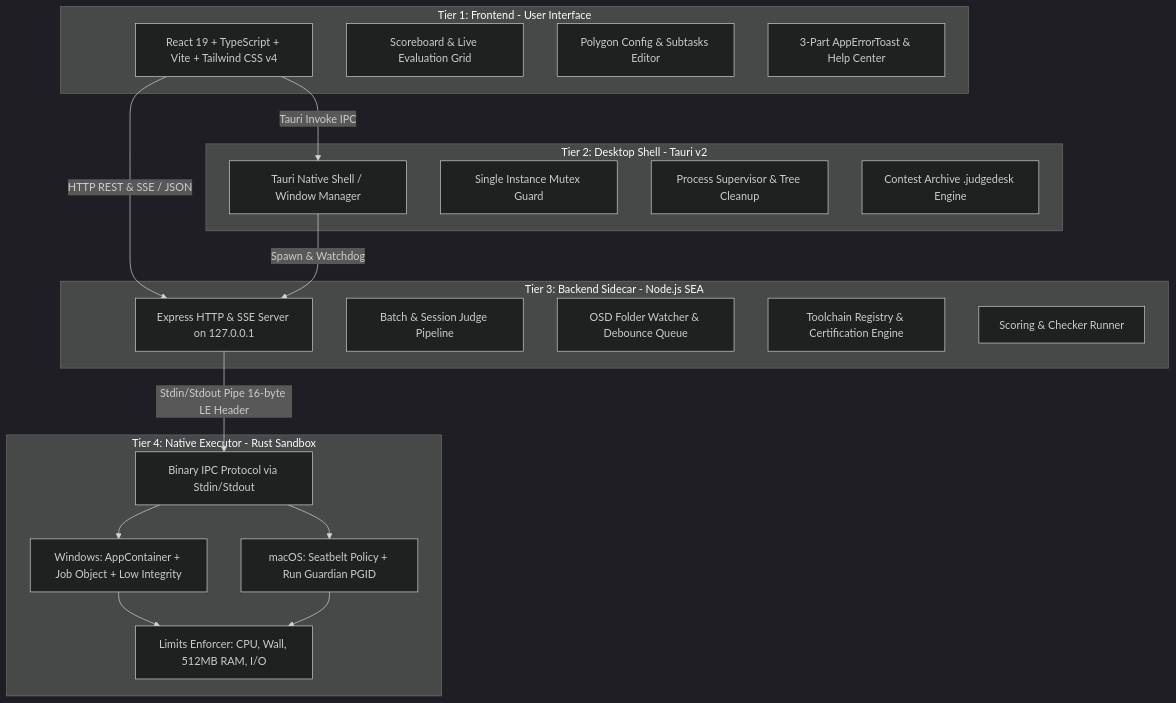
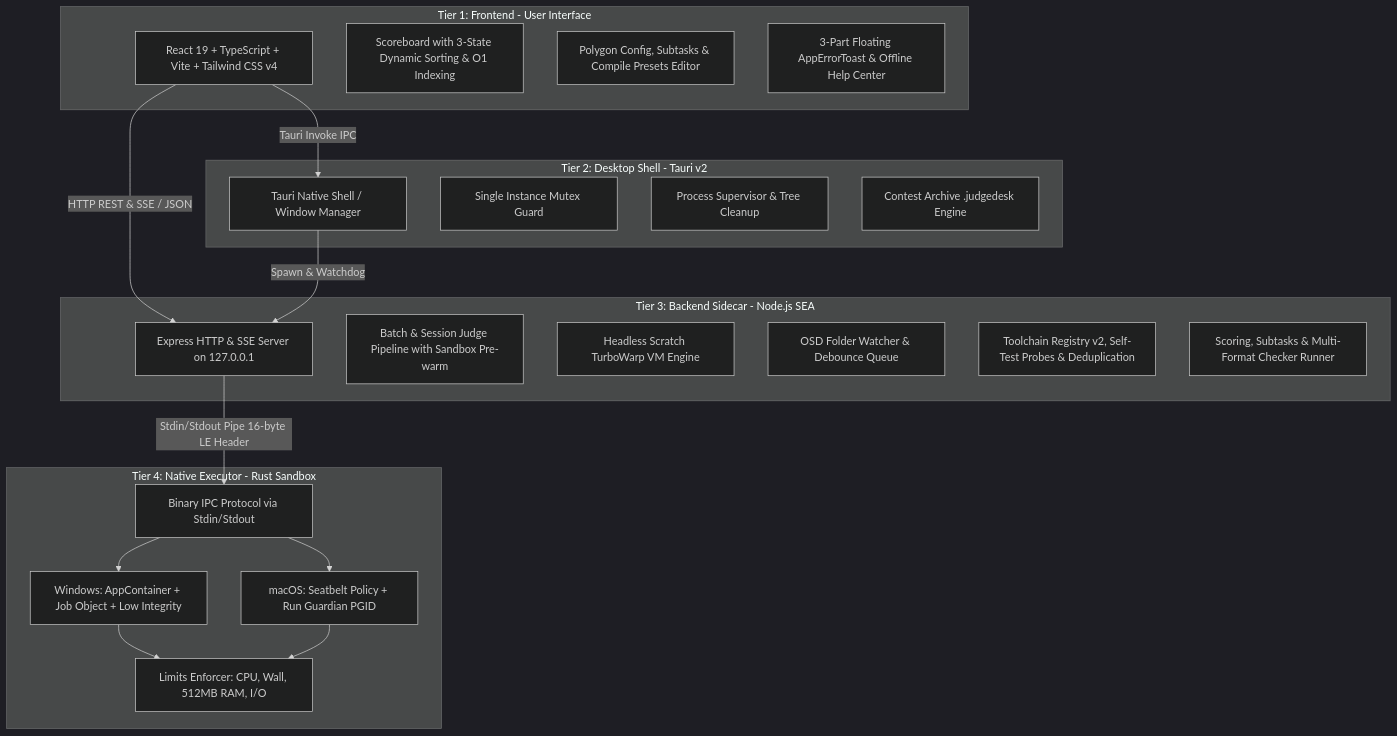
One commit to ducminh25/judgedesk-source changed the diagram in docs/TRD.md. Above: the diagram before and after it, drawn with Mermaid (dark theme). The commit also changed other lines of this file and 12 other files, not shown here.

````diff
--- a/docs/TRD.md
+++ b/docs/TRD.md
@@ -14,40 +14,41 @@
 ```mermaid
 graph TD
     subgraph Tier1 [Tier 1: Frontend - User Interface]
         UI[React 19 + TypeScript + Vite + Tailwind CSS v4]
-        ScoreboardUI[Scoreboard & Live Evaluation Grid]
-        ProblemModal[Polygon Config & Subtasks Editor]
-        ToastUI[3-Part AppErrorToast & Help Center]
+        ScoreboardUI[Scoreboard with 3-State Dynamic Sorting & O1 Indexing]
+        ProblemModal[Polygon Config, Subtasks & Compile Presets Editor]
+        ToastUI[3-Part Floating AppErrorToast & Offline Help Center]
     end
 
     subgraph Tier2 [Tier 2: Desktop Shell - Tauri v2]
         TauriCore[Tauri Native Shell / Window Manager]
         SingleInstance[Single Instance Mutex Guard]
         ProcessSupervisor[Process Supervisor & Tree Cleanup]
         ZipPackager[Contest Archive .judgedesk Engine]
     end
 
     subgraph Tier3 [Tier 3: Backend Sidecar - Node.js SEA]
         ExpressCore[Express HTTP & SSE Server on 127.0.0.1]
-        JudgeEngine[Batch & Session Judge Pipeline]
+        JudgeEngine[Batch & Session Judge Pipeline with Sandbox Pre-warm]
+        ScratchRunner[Headless Scratch TurboWarp VM Engine]
         OSDWatcher[OSD Folder Watcher & Debounce Queue]
-        ToolchainRegistry[Toolchain Registry & Certification Engine]
-        ScoreEngine[Scoring & Checker Runner]
+        ToolchainRegistry[Toolchain Registry v2, Self-Test Probes & Deduplication]
+        ScoreEngine[Scoring, Subtasks & Multi-Format Checker Runner]
     end
 
     subgraph Tier4 [Tier 4: Native Executor - Rust Sandbox]
         IPCServer[Binary IPC Protocol via Stdin/Stdout]
         WinSandbox[Windows: AppContainer + Job Object + Low Integrity]
         MacSandbox[macOS: Seatbelt Policy + Run Guardian PGID]
         ResourceLimits[Limits Enforcer: CPU, Wall, 512MB RAM, I/O]
     end
 
     UI -->|HTTP REST & SSE / JSON| ExpressCore
     UI -->|Tauri Invoke IPC| TauriCore
     TauriCore -->|Spawn & Watchdog| ExpressCore
     ExpressCore -->|Stdin/Stdout Pipe 16-byte LE Header| IPCServer
     IPCServer --> WinSandbox
     IPCServer --> MacSandbox
     WinSandbox --> ResourceLimits
     MacSandbox --> ResourceLimits
 ```
````
